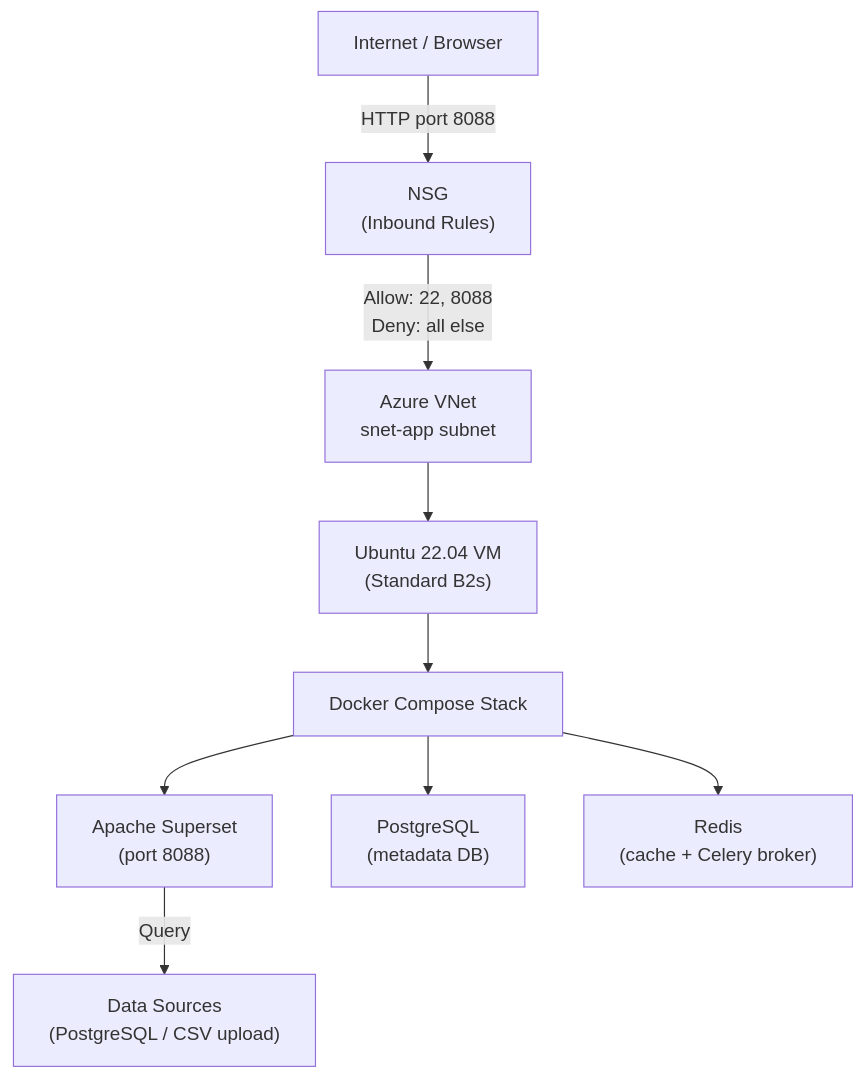
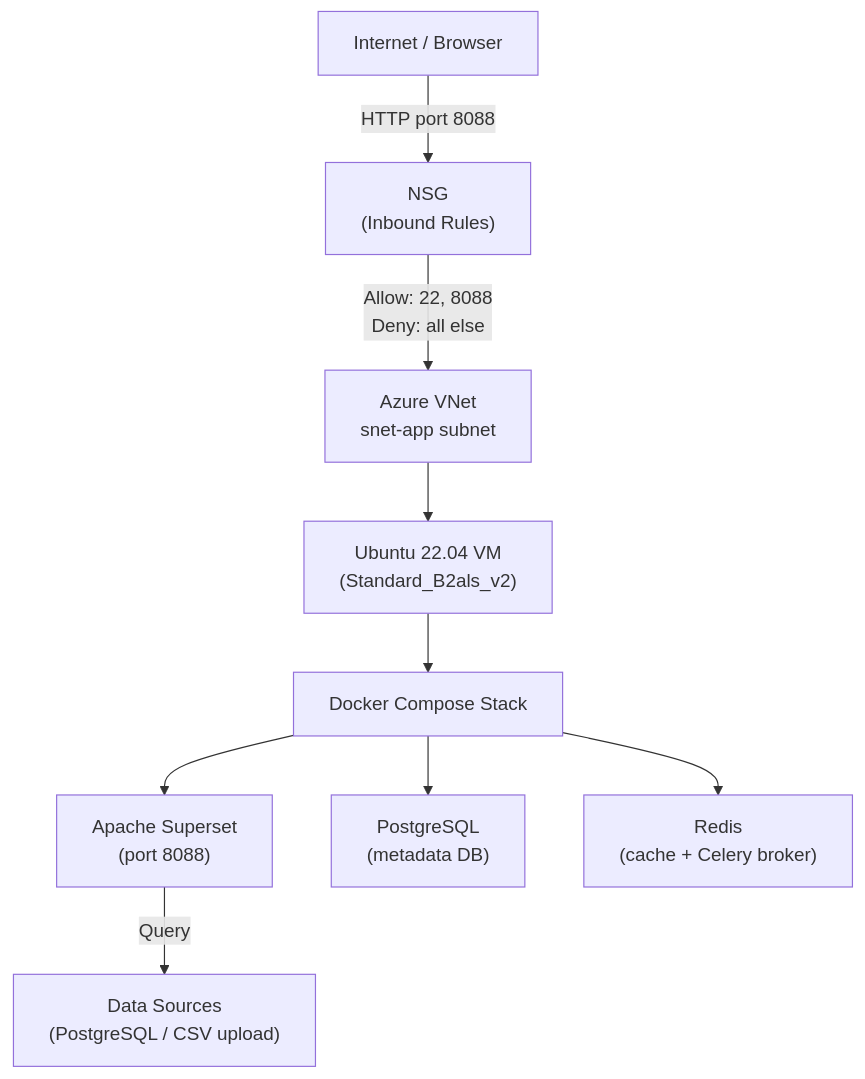
The diagram in 2026-T1/CCF/assignments/Assessment3/ApacheSuperset/CCF501_Assessment3_Report_Skeleton.md (lfariabr/masters-swe-ai), drawn with Mermaid before and after one commit. The commit also changed other lines of this file and 12 other files, not shown here.

````diff
--- a/2026-T1/CCF/assignments/Assessment3/ApacheSuperset/CCF501_Assessment3_Report_Skeleton.md
+++ b/2026-T1/CCF/assignments/Assessment3/ApacheSuperset/CCF501_Assessment3_Report_Skeleton.md
@@ -62,11 +62,11 @@
 ```mermaid
 graph TD
     A["Internet / Browser"] -->|"HTTP port 8088"| B["NSG\n(Inbound Rules)"]
     B -->|"Allow: 22, 8088\nDeny: all else"| C["Azure VNet\nsnet-app subnet"]
-    C --> D["Ubuntu 22.04 VM\n(Standard B2s)"]
+    C --> D["Ubuntu 22.04 VM\n(Standard_B2als_v2)"]
     D --> E["Docker Compose Stack"]
     E --> F["Apache Superset\n(port 8088)"]
     E --> G["PostgreSQL\n(metadata DB)"]
     E --> H["Redis\n(cache + Celery broker)"]
     F -->|"Query"| I["Data Sources\n(PostgreSQL / CSV upload)"]
 ```
````
